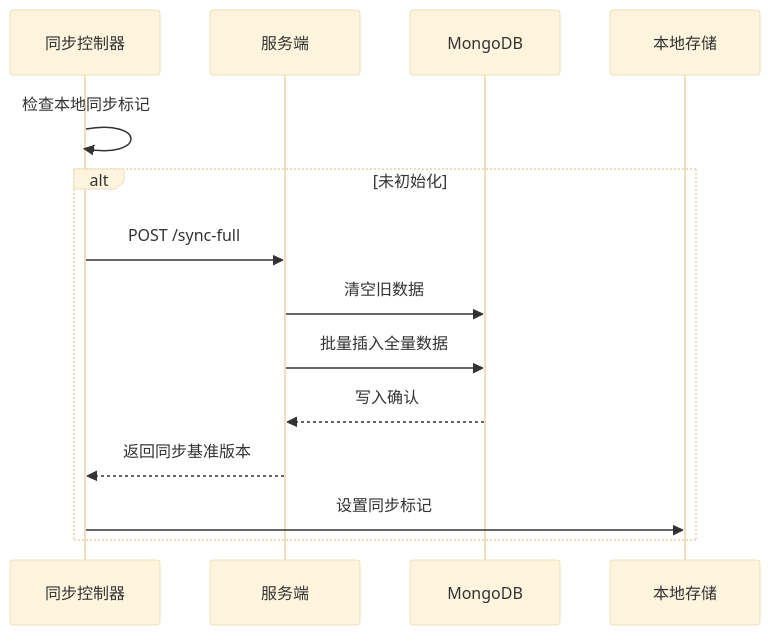
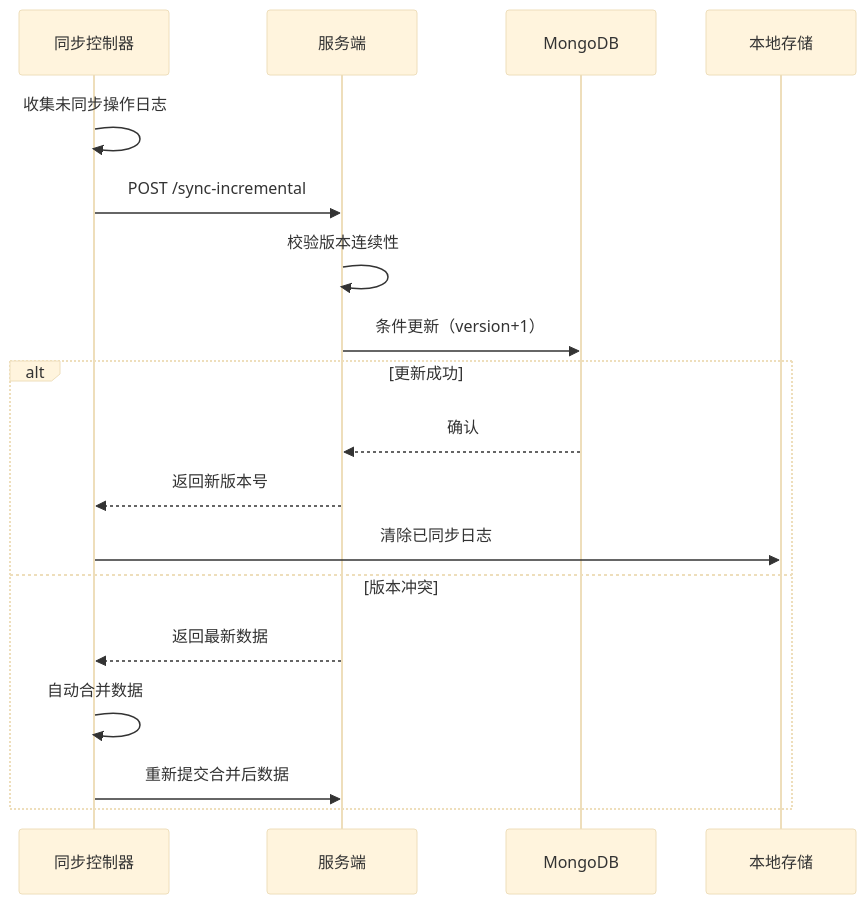
The diagram in all/未命名-24.md (yingjianzh/iodraw-files), drawn with Mermaid (base theme) before and after one commit.

Commit message:
2025-02-21 18:17:09 update

````diff
--- a/all/未命名-24.md
+++ b/all/未命名-24.md
@@ -1,16 +1,20 @@
 ```mermaid
 sequenceDiagram
     participant 同步控制器
     participant 服务端
     participant MongoDB
 
-    同步控制器->>同步控制器: 检查本地同步标记
-    alt 未初始化
-        同步控制器->>服务端: POST /sync-full
-        服务端->>MongoDB: 清空旧数据
-        服务端->>MongoDB: 批量插入全量数据
-        MongoDB-->>服务端: 写入确认
-        服务端-->>同步控制器: 返回同步基准版本
-        同步控制器->>本地存储: 设置同步标记
+    同步控制器->>同步控制器: 收集未同步操作日志
+    同步控制器->>服务端: POST /sync-incremental
+    服务端->>服务端: 校验版本连续性
+    服务端->>MongoDB: 条件更新（version+1）
+    alt 更新成功
+        MongoDB-->>服务端: 确认
+        服务端-->>同步控制器: 返回新版本号
+        同步控制器->>本地存储: 清除已同步日志
+    else 版本冲突
+        服务端-->>同步控制器: 返回最新数据
+        同步控制器->>同步控制器: 自动合并数据
+        同步控制器->>服务端: 重新提交合并后数据
     end
 ```
````
